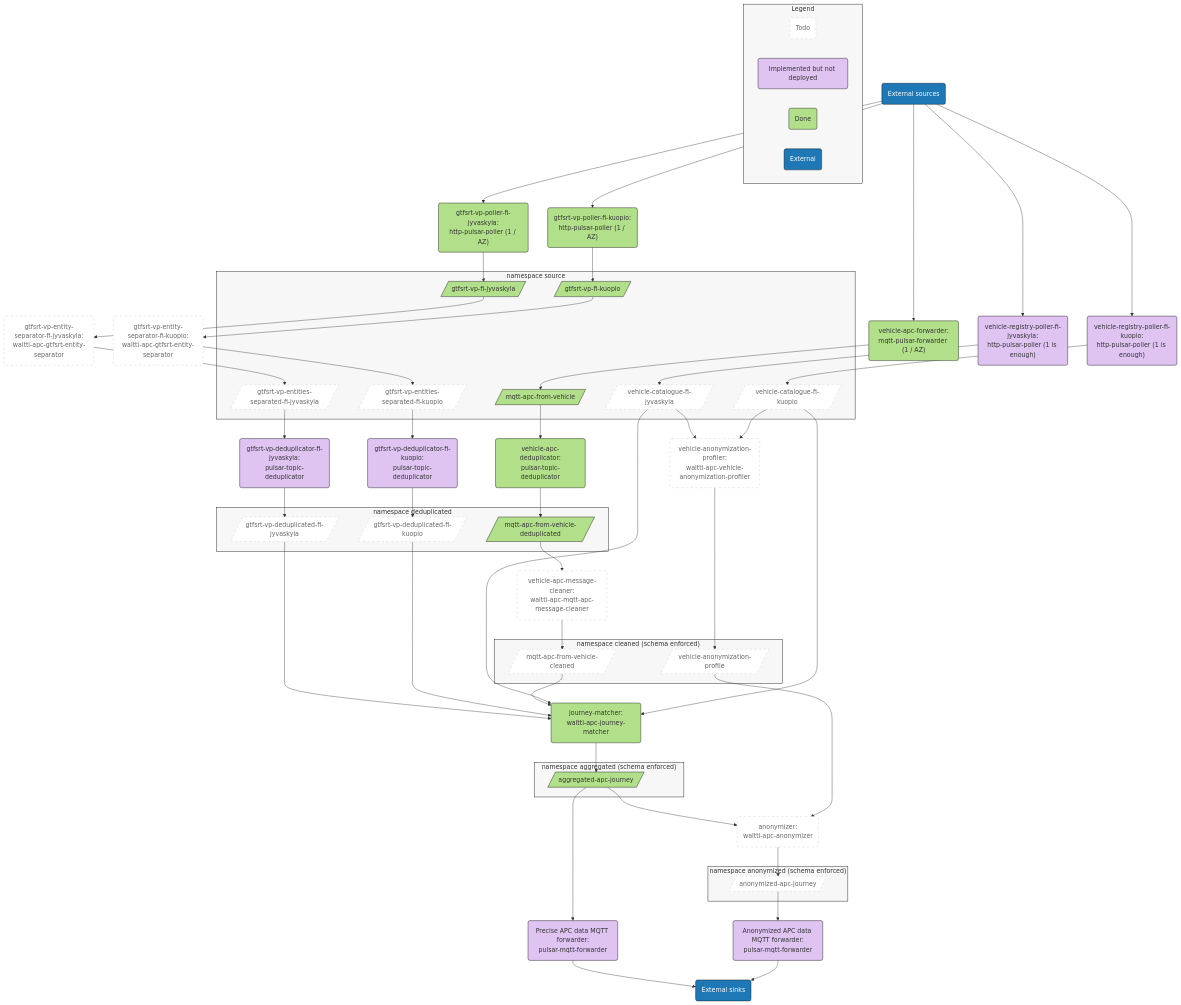
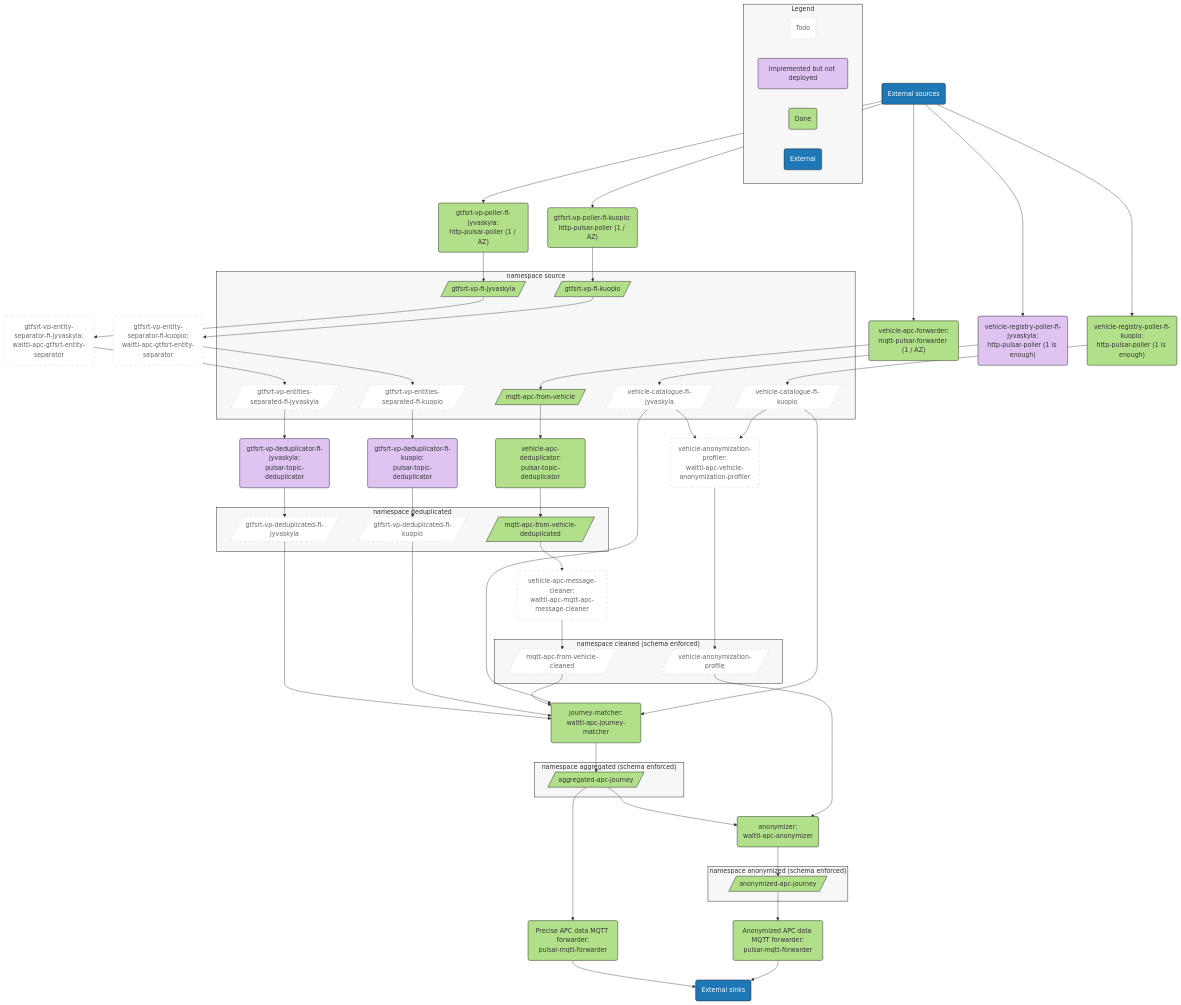
One commit to tvv-lippu-ja-maksujarjestelma-oy/waltti-apc changed the second of 2 diagrams in README.md. Above: the diagram before and after it, drawn with Mermaid. The commit also changed other lines of this file, not shown here.

Commit message:
docs: Update diagrams

```diff
--- a/README.md
+++ b/README.md
@@ -197,6 +197,8 @@
 
   classDef done fill:#b2e08a,stroke:#000
   class aggregated done
+  class anonymized done
+  class anonymizer done
   class gtfsrtrawfijyvaskyla done
   class gtfsrtrawfikuopio done
   class gtfsrtpollerfijyvaskyla done
@@ -206,6 +208,9 @@
   class mqttdeduplicator done
   class mqttpulsarforwarder done
   class mqttraw done
+  class pulsarmqttforwardertopowerbi done
+  class pulsarmqttforwardertortpioutput done
+  class vehicleregistrypollerfikuopio done
 
   classDef env fill:#f7f7f7,stroke:#000
   class nsaggregated env
@@ -221,14 +226,9 @@
   classDef implemented fill:#dfc4f2,stroke:#000
   class gtfsrtentitydeduplicatorfijyvaskyla implemented
   class gtfsrtentitydeduplicatorfikuopio implemented
-  class pulsarmqttforwardertopowerbi implemented
-  class pulsarmqttforwardertortpioutput implemented
   class vehicleregistrypollerfijyvaskyla implemented
-  class vehicleregistrypollerfikuopio implemented
 
   classDef todo fill:#fff,stroke:#ccc,stroke-width:1px,color:#666,stroke-dasharray: 6 6
-  class anonymized todo
-  class anonymizer todo
   class gtfsrtdeduplicatedfijyvaskyla todo
   class gtfsrtdeduplicatedfikuopio todo
   class gtfsrtentityseparatorfijyvaskyla todo
```
